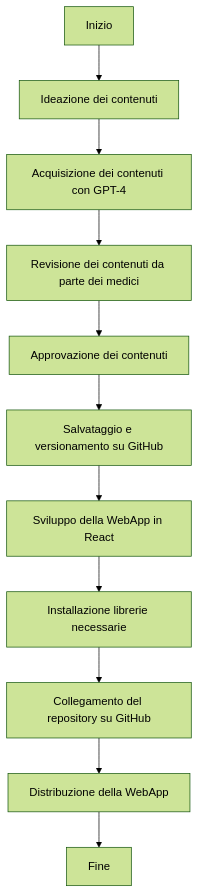
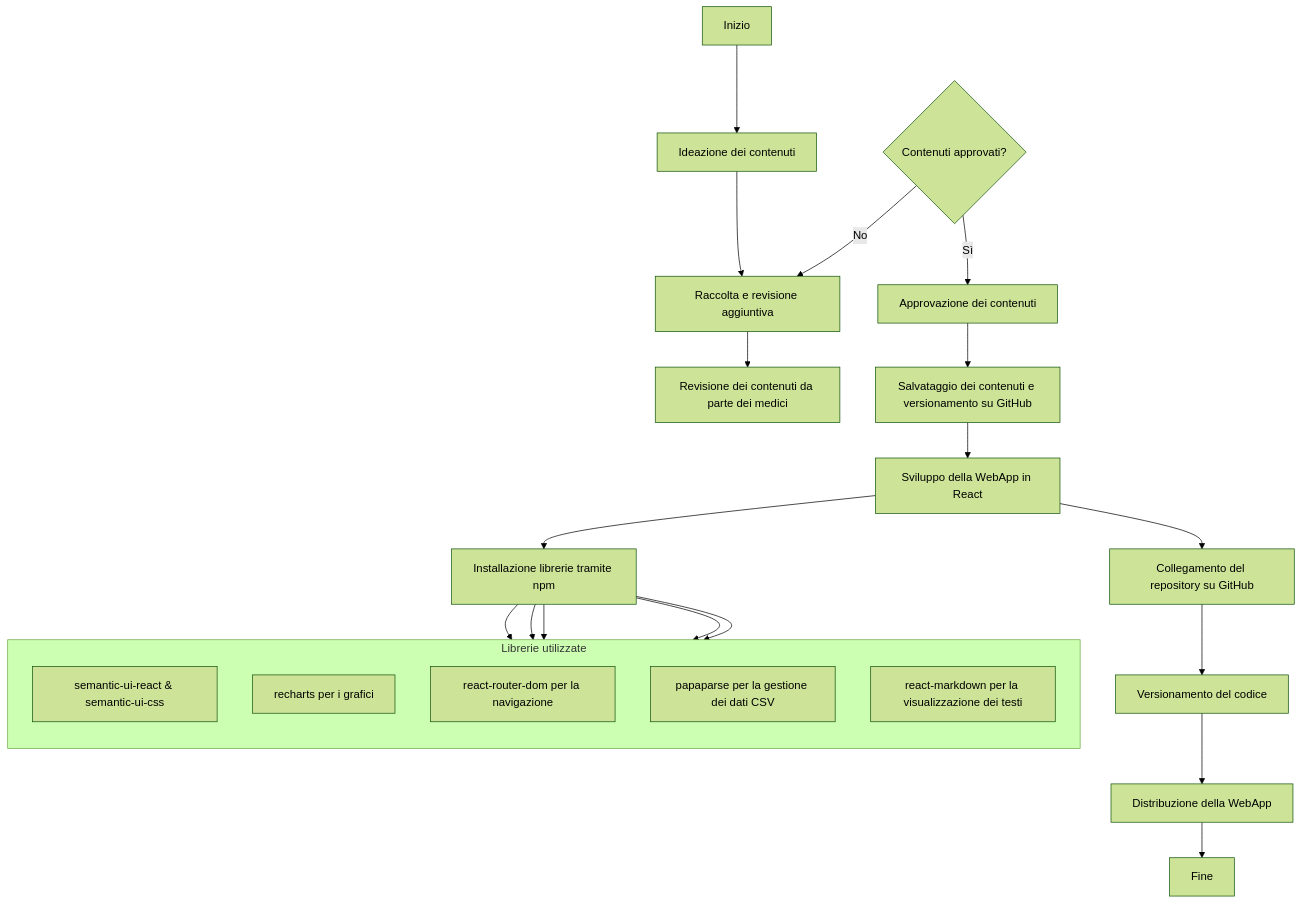
The first of 3 diagrams in relazione esame/RelazioneProgettoEsame.md (mauritiuss/health-dashboard), drawn with Mermaid (forest theme) before and after one commit.

Commit message:
aggiornamento struttura relazione esame

````diff
--- a/relazione esame/RelazioneProgettoEsame.md
+++ b/relazione esame/RelazioneProgettoEsame.md
@@ -130,13 +130,34 @@
 ```mermaid
 graph TD
     A[Inizio] --> B[Ideazione dei contenuti]
-    B --> C[Acquisizione dei contenuti con GPT-4]
+    B --> C[Acquisizione automatica dei contenuti con GPT-4]
     C --> D[Revisione dei contenuti da parte dei medici]
-    D --> E[Approvazione dei contenuti]
-    E --> F[Salvataggio e versionamento su GitHub]
-    F --> G[Sviluppo della WebApp in React]
-    G --> H[Installazione librerie necessarie]
-    H --> I[Collegamento del repository su GitHub]
-    I --> J[Distribuzione della WebApp]
-    J --> K[Fine]
+
+    E{Contenuti approvati?}
+    E -->|Sì| F[Approvazione dei contenuti]
+    E -->|No| C[Raccolta e revisione aggiuntiva]
+
+    F --> G[Salvataggio dei contenuti e versionamento su GitHub]
+
+    G --> H[Sviluppo della WebApp in React]
+    H --> I[Installazione librerie tramite npm]
+
+    subgraph Librerie utilizzate
+        direction TB
+        I1[semantic-ui-react & semantic-ui-css]
+        I2[recharts per i grafici]
+        I3[react-router-dom per la navigazione]
+        I4[papaparse per la gestione dei dati CSV]
+        I5[react-markdown per la visualizzazione dei testi]
+    end
+    I --> I1
+    I --> I2
+    I --> I3
+    I --> I4
+    I --> I5
+
+    H --> J[Collegamento del repository su GitHub]
+    J --> K[Versionamento del codice]
+    K --> L[Distribuzione della WebApp]
+    L --> M[Fine]
 ```
````
